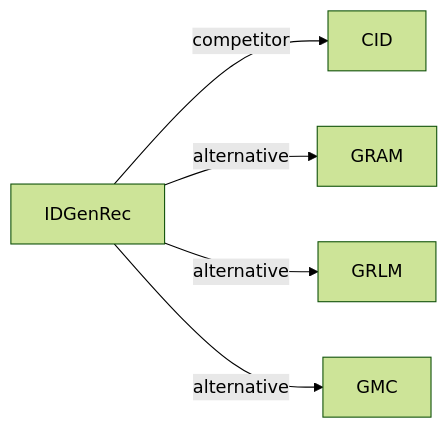
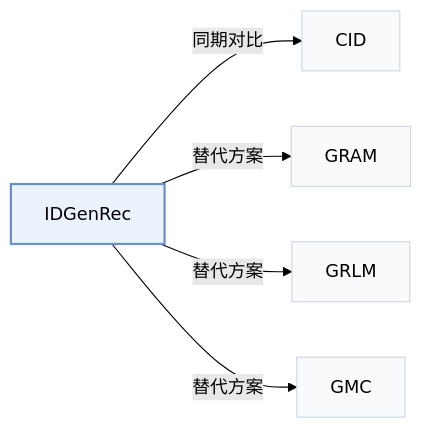
Before and after one commit to Galaxy-ghost/Awesome-SID-Generative-Rec: the third of 3 diagrams in pages/zh/papers/idgenrec.md, drawn with Mermaid (forest theme). The commit also changed other lines of this file and 649 other files, not shown here.

Commit message:
writer-05: also tags and modality index (schema, check, build, visuals); summary field removed; calibration data for 12 papers

````diff
--- a/pages/zh/papers/idgenrec.md
+++ b/pages/zh/papers/idgenrec.md
@@ -134,8 +138,12 @@
 ```mermaid
 flowchart LR
     P["IDGenRec"]
-    P -->|competitor| A["CID"]
-    P -->|alternative| B["GRAM"]
-    P -->|alternative| C["GRLM"]
-    P -->|alternative| D["GMC"]
+    P -->|"同期对比"| A["CID"]
+    P -->|"替代方案"| B["GRAM"]
+    P -->|"替代方案"| C["GRLM"]
+    P -->|"替代方案"| D["GMC"]
+    classDef main fill:#eaf2fb,stroke:#6b8fc7,stroke-width:2px
+    classDef peer fill:#f8fafc,stroke:#cbd5e1
+    class P main
+    class A,B,C,D peer
 ```
````
